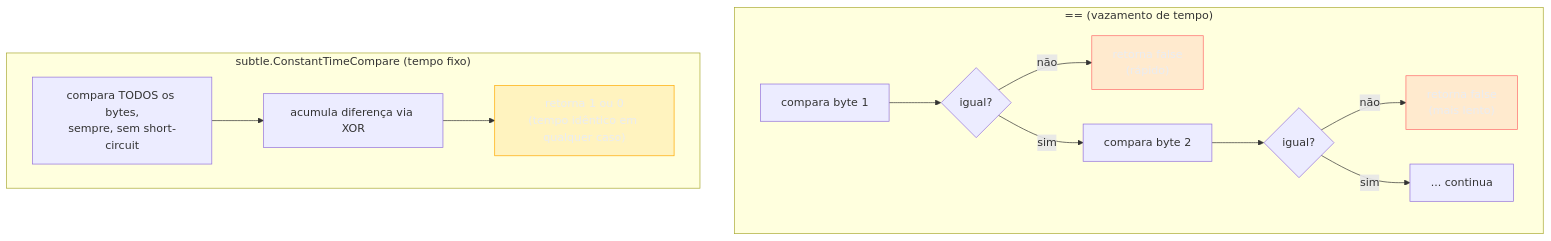
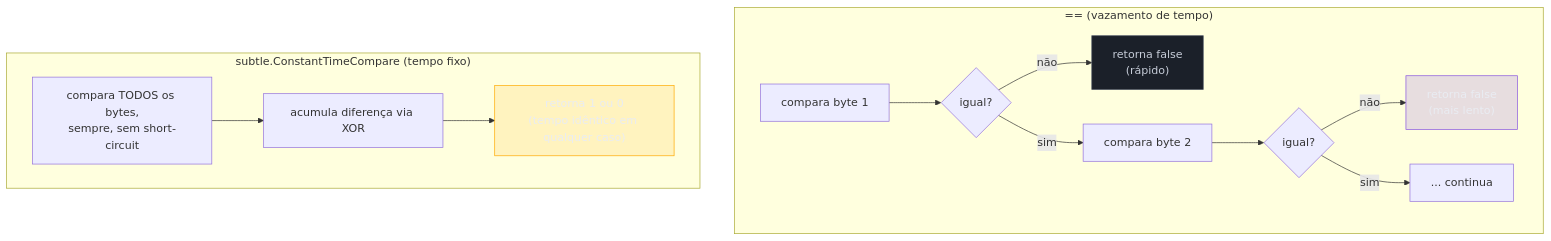
Before and after one commit to josenaldo/codex-technomanticus: the first of 3 diagrams in 03-Dominios/Tecnologia/Go/19 - Segurança/07 - Secure coding patterns.md, drawn with Mermaid. The commit also changed other lines of this file and 601 other files, not shown here.

````diff
--- a/03-Dominios/Tecnologia/Go/19 - Segurança/07 - Secure coding patterns.md
+++ b/03-Dominios/Tecnologia/Go/19 - Segurança/07 - Secure coding patterns.md
@@ -40,23 +40,24 @@
 ```mermaid
 flowchart TB
-    classDef falha fill:#FF6B6B24,stroke:#FF6B6B,color:#E9ECF2
+    classDef marca fill:#8855DF33,stroke:#8855DF,color:#E9ECF2
+    classDef neutro fill:#1B2029,stroke:#4E5666,color:#C6CCD8
     classDef destaque fill:#FFAA0024,stroke:#FFAA00,color:#E9ECF2
     subgraph errado["== (vazamento de tempo)"]
         direction LR
         A1["compara byte 1"] --> A2{"igual?"}
         A2 -->|não| A3["retorna false\n(rápido)"]
         A2 -->|sim| A4["compara byte 2"] --> A5{"igual?"}
         A5 -->|não| A6["retorna false\n(mais lento)"]
         A5 -->|sim| A7["... continua"]
     end
 
     subgraph certo["subtle.ConstantTimeCompare (tempo fixo)"]
         direction LR
         B1["compara TODOS os bytes,\nsempre, sem short-circuit"] --> B2["acumula diferença via XOR"]
         B2 --> B3["retorna 1 ou 0\n(tempo idêntico em qualquer caso)"]
     end
 
-    class A3 falha
-    class A6 falha
+    class A3 neutro
+    class A6 marca
     class B3 destaque
 ```
````
